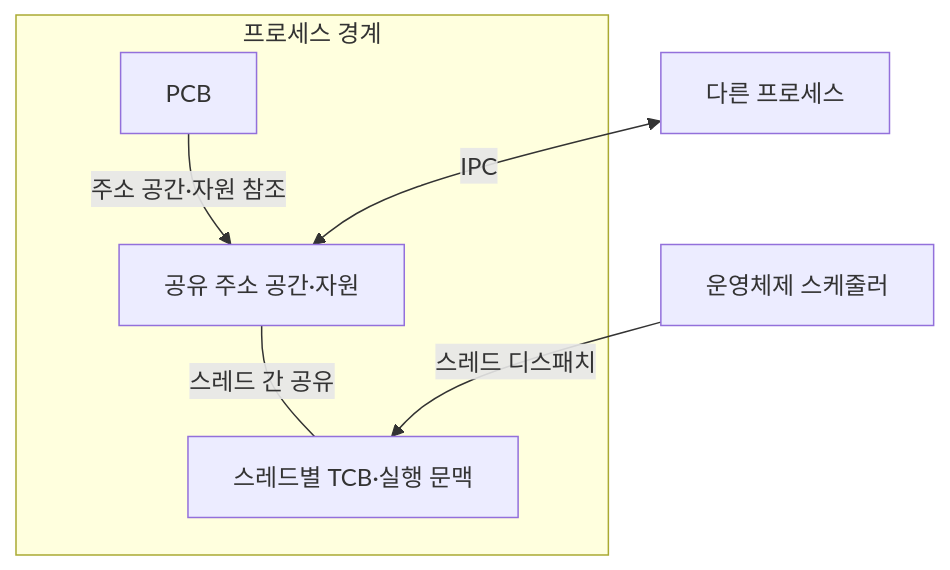
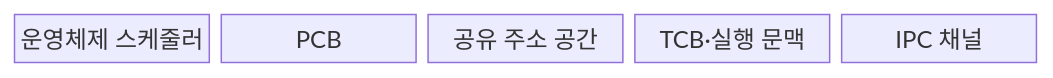
The first of 2 diagrams in src/content/docs/notes/03-software/001_process_vs_thread.md (agnusdei1207/knowledge-base), drawn with Mermaid before and after one commit. The commit also changed other lines of this file and 20 other files, not shown here.

````diff
--- a/src/content/docs/notes/03-software/001_process_vs_thread.md
+++ b/src/content/docs/notes/03-software/001_process_vs_thread.md
@@ -66,14 +64,9 @@
 ```mermaid
-flowchart TB
-    S[운영체제 스케줄러]
-    O[다른 프로세스]
-    subgraph P[프로세스 경계]
-        B[PCB]
-        R[공유 주소 공간·자원]
-        T[스레드별 TCB·실행 문맥]
-        B -->|주소 공간·자원 참조| R
-        R ---|스레드 간 공유| T
-    end
-    S -->|스레드 디스패치| T
-    O <-->|IPC| R
+block
+  columns 5
+  S["운영체제 스케줄러"]
+  B["PCB"]
+  R["공유 주소 공간"]
+  T["TCB·실행 문맥"]
+  I["IPC 채널"]
 ```
````
